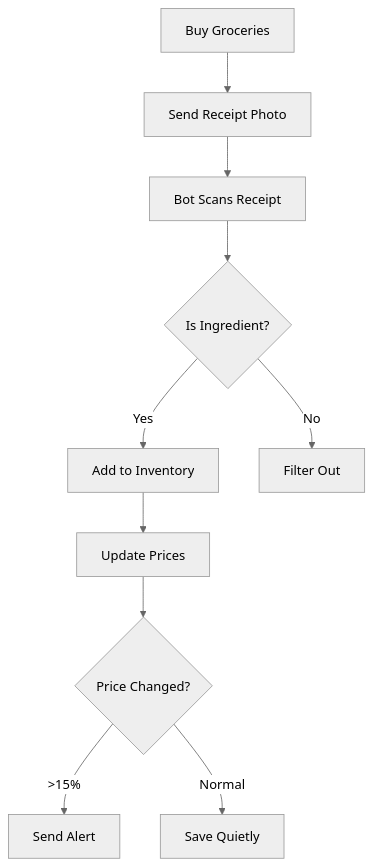
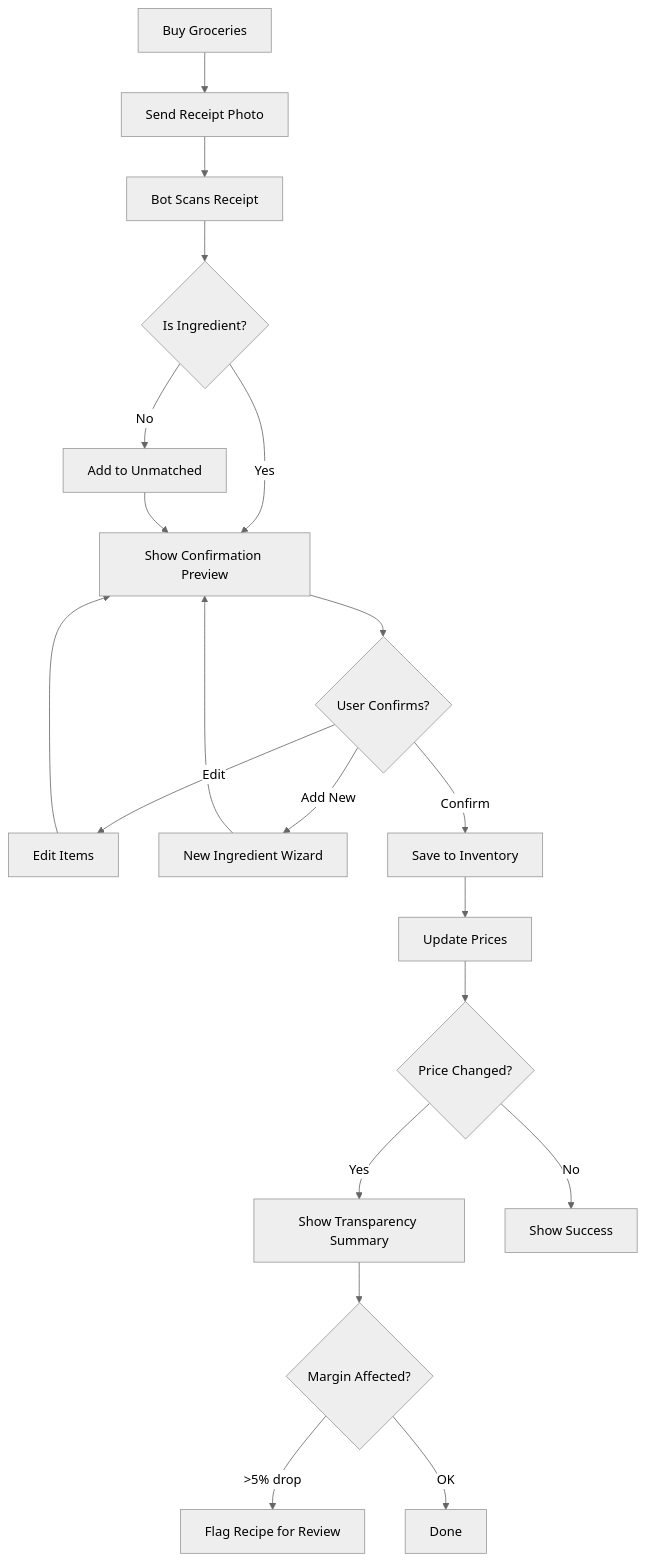
One commit to ardyutama/nastart changed the fourth of 14 diagrams in docs/nastart-complete-docs.md. Above: the diagram before and after it, drawn with Mermaid (neutral theme). The commit also changed other lines of this file and 12 other files, not shown here.

````diff
--- a/docs/nastart-complete-docs.md
+++ b/docs/nastart-complete-docs.md
@@ -456,12 +456,22 @@
 ```mermaid
 flowchart TD
     A[Buy Groceries] --> B[Send Receipt Photo]
     B --> C[Bot Scans Receipt]
     C --> D{Is Ingredient?}
-    D -->|Yes| E[Add to Inventory]
-    D -->|No| F[Filter Out]
-    E --> G[Update Prices]
-    G --> H{Price Changed?}
-    H -->|>15%| I[Send Alert]
-    H -->|Normal| J[Save Quietly]
+    D -->|Yes| E[Show Confirmation Preview]
+    D -->|No| F[Add to Unmatched]
+    E --> G{User Confirms?}
+    G -->|Edit| H[Edit Items]
+    G -->|Add New| I[New Ingredient Wizard]
+    G -->|Confirm| J[Save to Inventory]
+    H --> E
+    I --> E
+    F --> E
+    J --> K[Update Prices]
+    K --> L{Price Changed?}
+    L -->|Yes| M[Show Transparency Summary]
+    L -->|No| N[Show Success]
+    M --> O{Margin Affected?}
+    O -->|>5% drop| P[Flag Recipe for Review]
+    O -->|OK| Q[Done]
 ```
````
